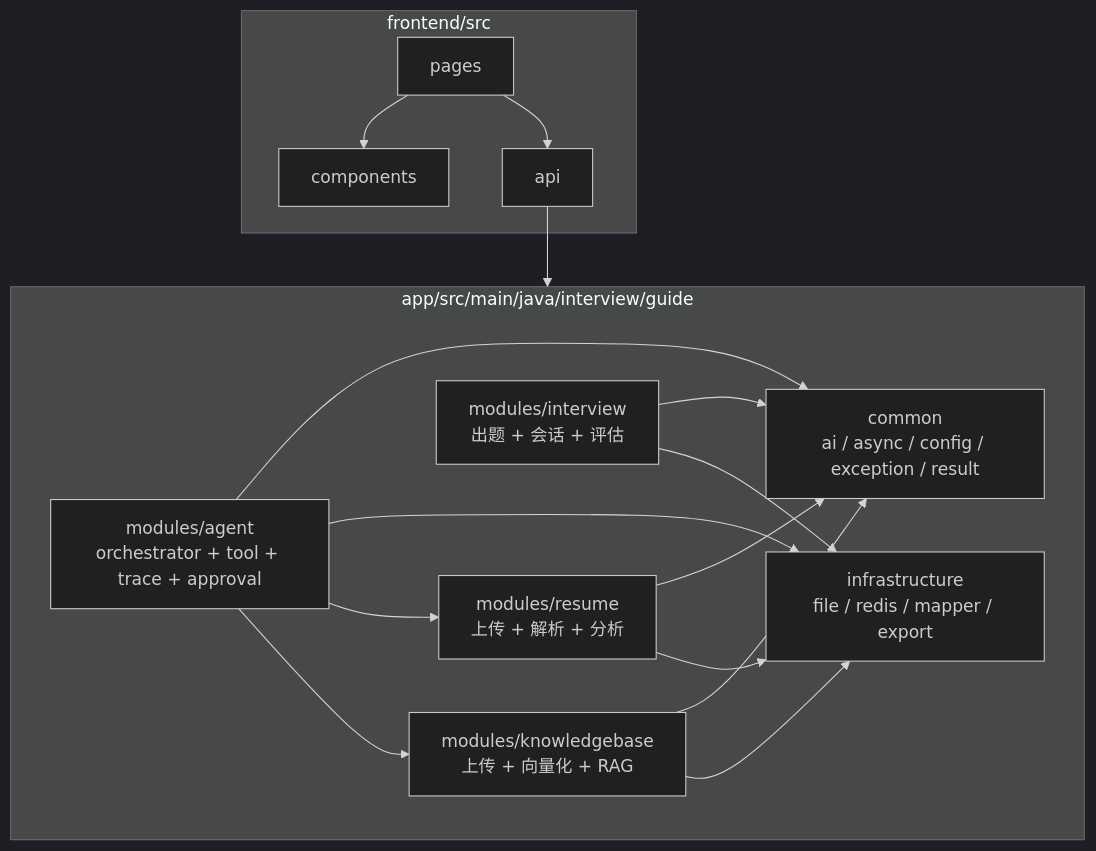
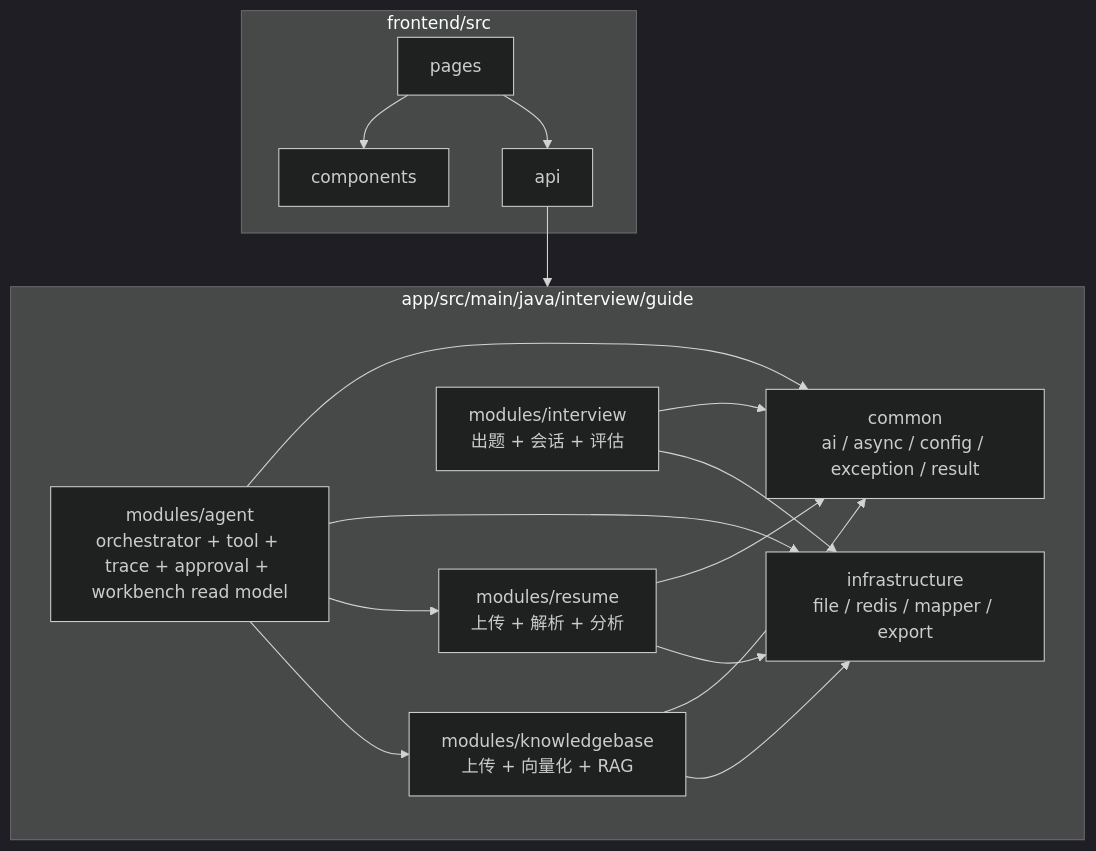
One commit to Kiyra-gjx/interview-guide changed the second of 7 diagrams in docs/current-code-architecture.md. Above: the diagram before and after it, drawn with Mermaid (dark theme). The commit also changed other lines of this file and 7 other files, not shown here.

````diff
--- a/docs/current-code-architecture.md
+++ b/docs/current-code-architecture.md
@@ -71,34 +71,34 @@
 ```mermaid
 flowchart TB
     subgraph Frontend["frontend/src"]
         Pages["pages"]
         Components["components"]
         ApiLayer["api"]
         Pages --> Components
         Pages --> ApiLayer
     end
 
     subgraph Backend["app/src/main/java/interview/guide"]
         Common["common<br/>ai / async / config / exception / result"]
         Infra["infrastructure<br/>file / redis / mapper / export"]
         Resume["modules/resume<br/>上传 + 解析 + 分析"]
         Interview["modules/interview<br/>出题 + 会话 + 评估"]
         KB["modules/knowledgebase<br/>上传 + 向量化 + RAG"]
-        Agent["modules/agent<br/>orchestrator + tool + trace + approval"]
+        Agent["modules/agent<br/>orchestrator + tool + trace + approval + workbench read model"]
 
         Resume --> Common
         Interview --> Common
         KB --> Common
         Agent --> Common
 
         Resume --> Infra
         Interview --> Infra
         KB --> Infra
         Agent --> Infra
 
         Agent --> Resume
         Agent --> KB
     end
 
     ApiLayer --> Backend
 ```
````
